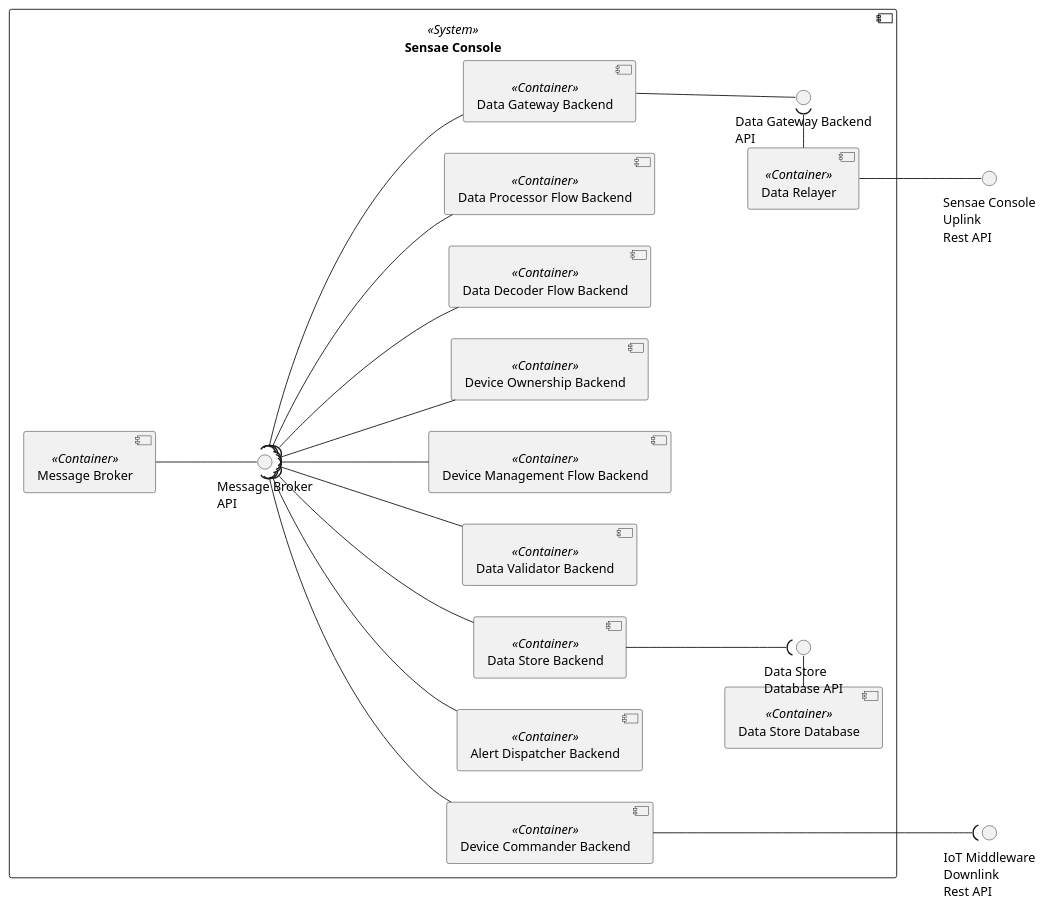
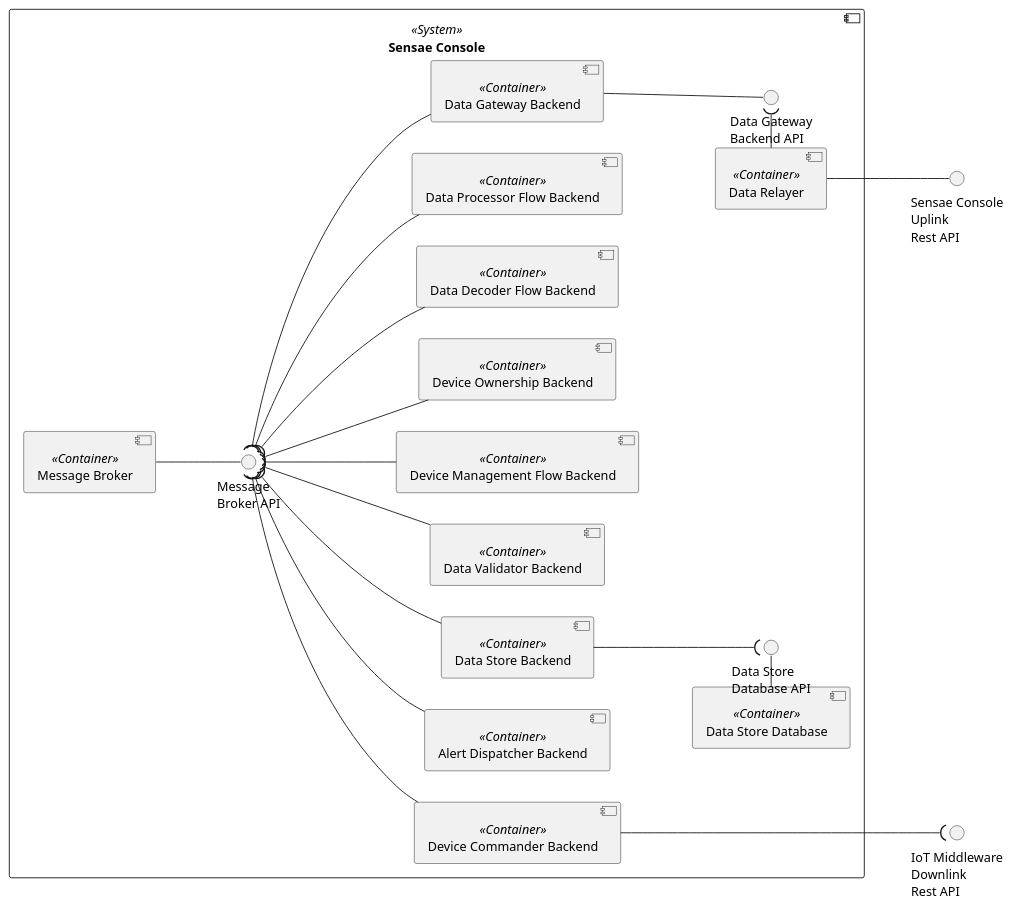
The diagram in assets/diagrams/design/architectural/level2/logical/data-flow.pu (FilipeMCruz/dissertation), drawn with PlantUML before and after one commit. The commit also changed 343 other files, not shown here.

```diff
--- a/assets/diagrams/design/architectural/level2/logical/data-flow.pu
+++ b/assets/diagrams/design/architectural/level2/logical/data-flow.pu
@@ -1,66 +1,64 @@
 @startuml data-flow
 
 left to right direction
 
 skinparam sequenceMessageAlign center
 skinparam Shadowing false
 skinparam componentStyle uml2
 skinparam packageStyle rectangle
 
 interface "Sensae Console\nUplink\nRest API" as IN_ENDPOINT
 interface "IoT Middleware\nDownlink\nRest API" as OUT_ENDPOINT
 
 component "Sensae Console" <<System>> {
     component "Message Broker" as MB <<Container>> 
 
     component "Data Gateway Backend" as DDG <<Container>> 
     component "Data Relayer" as DR <<Container>> 
     component "Data Processor Flow Backend" as DPSB <<Container>> 
     component "Data Decoder Flow Backend" as DDSB <<Container>> 
     component "Data Validator Backend" as DVB <<Container>> 
     component "Device Management Flow Backend" as DRSB <<Container>> 
     component "Data Store Backend" as DS <<Container>> 
     component "Data Store Database" as MONGODB <<Container>> 
     component "Device Ownership Backend" as IAMSB <<Container>> 
     component "Device Commander Backend" as DCB <<Container>> 
 
     component "Alert Dispatcher Backend" as ALERT_BACK <<Container>>  
 
-    interface "Message Broker\nAPI" as MB_API
+    interface "Message\nBroker API" as MB_API
     interface "Data Store\nDatabase API" as MONGODB_API
-    interface "Data Gateway Backend\nAPI" as DDG_API
+    interface "Data Gateway\nBackend API" as DDG_API
 
     DS --( MONGODB_API
     DDG -- DDG_API
     MB -- MB_API
     MONGODB - MONGODB_API
 
     MB_API )--- DS
     MB_API )--- DDG
     MB_API )--- DVB
     MB_API )--- DRSB
     MB_API )--- DPSB
     MB_API )--- DDSB
     MB_API )--- IAMSB
     MB_API )--- DCB
     MB_API )--- ALERT_BACK
 
     DR -- IN_ENDPOINT
-    ' DDG_API )- DR
     DR -( DDG_API
     DCB ---( OUT_ENDPOINT
 
     DPSB -[hidden]- DR
 
     DCB -[hidden] ALERT_BACK
     ALERT_BACK -[hidden] DS
     DS -[hidden] DVB
     DVB -[hidden] DRSB
     DRSB -[hidden] IAMSB
     IAMSB -[hidden] DDSB
     DDSB -[hidden] DPSB
     DPSB -[hidden] DDG
-
 }
 
 @enduml
```
